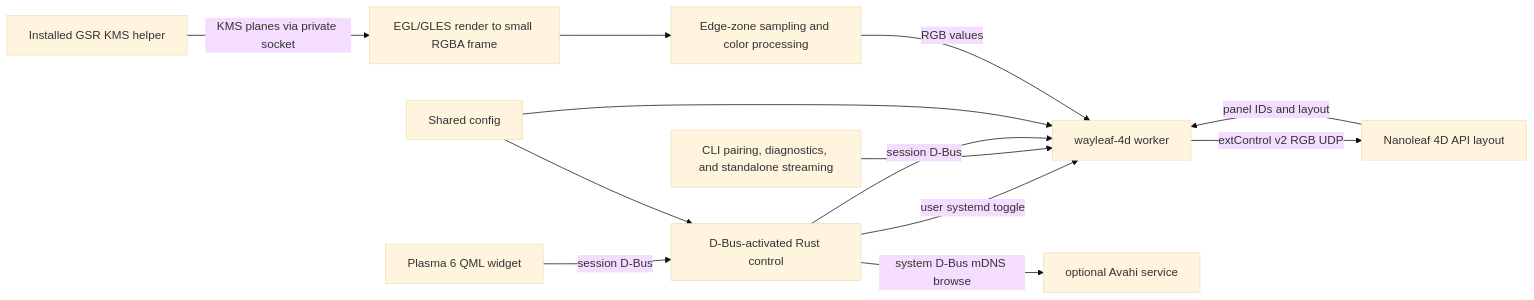
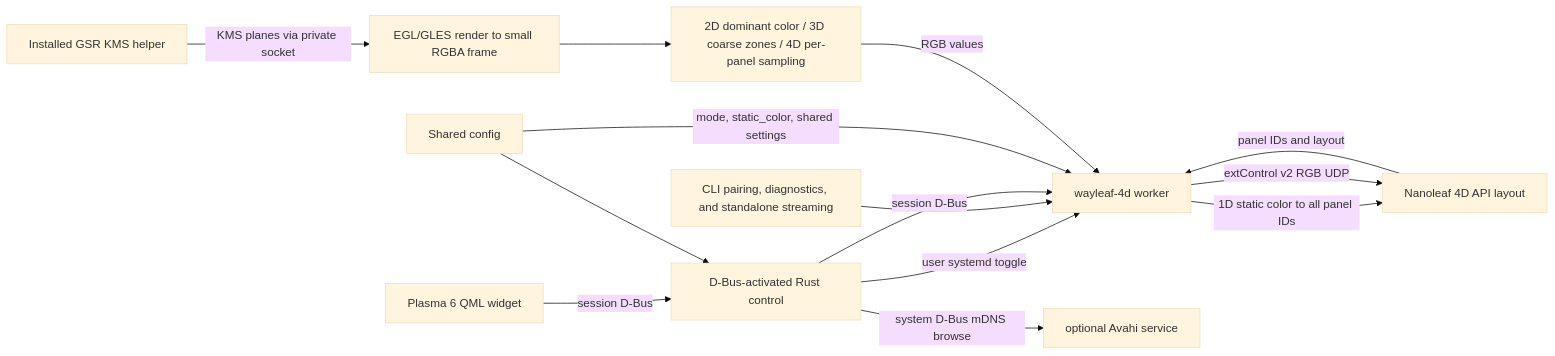
One commit to avitretiak/wayleaf-4d changed the diagram in docs/DEVELOPMENT.md. Above: the diagram before and after it, drawn with Mermaid (base theme). The commit also changed other lines of this file and 11 other files, not shown here.

````diff
--- a/docs/DEVELOPMENT.md
+++ b/docs/DEVELOPMENT.md
@@ -5,15 +5,16 @@
 ```mermaid
 flowchart LR
     UI[Plasma 6 QML widget] -->|session D-Bus| Control[ D-Bus-activated Rust control ]
     Control -->|user systemd toggle| Worker[wayleaf-4d worker]
     CLI[CLI pairing, diagnostics, and standalone streaming] --> Worker
     Control -->|session D-Bus| Worker
     Control -->|system D-Bus mDNS browse| Avahi[optional Avahi service]
     Config[Shared config] --> Control
-    Config --> Worker
+    Config -->|mode, static_color, shared settings| Worker
     Device[Nanoleaf 4D API layout] -->|panel IDs and layout| Worker
+    Worker -->|1D static color to all panel IDs| Device
     Helper[Installed GSR KMS helper] -->|KMS planes via private socket| Capture[EGL/GLES render to small RGBA frame]
-    Capture --> Sample[Edge-zone sampling and color processing]
+    Capture --> Sample[2D dominant color / 3D coarse zones / 4D per-panel sampling]
     Sample -->|RGB values| Worker
     Worker -->|extControl v2 RGB UDP| Device
 ```
````
